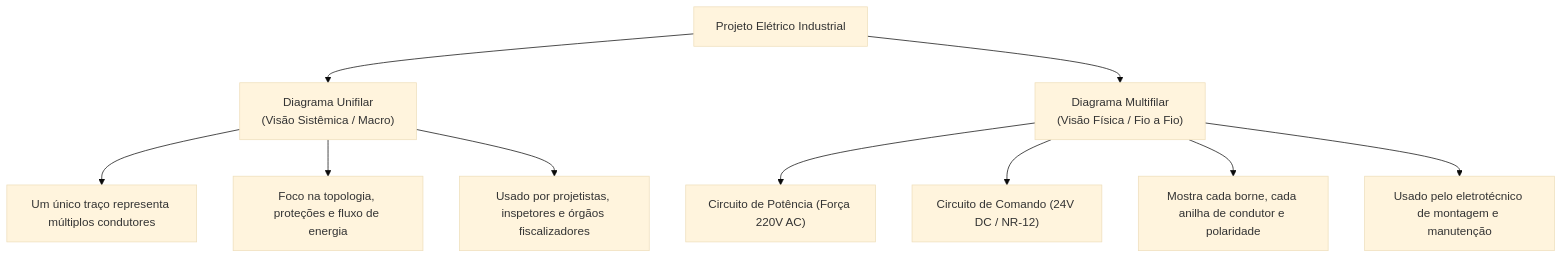
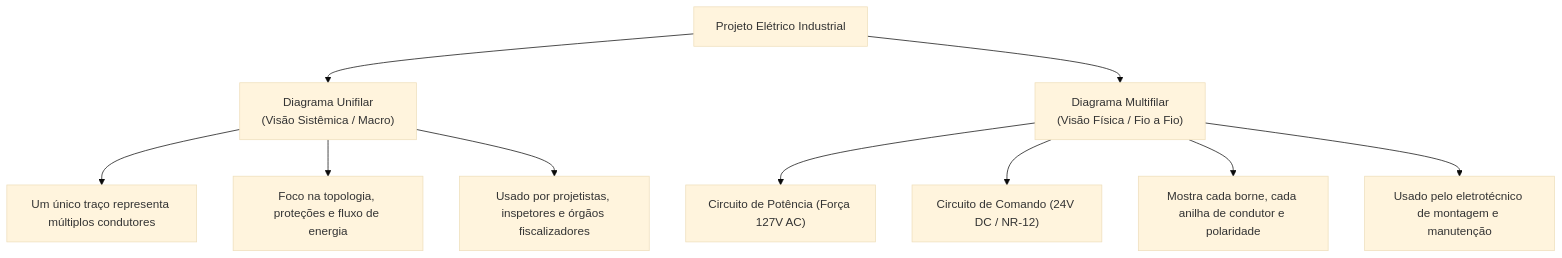
The first of 5 diagrams in docs/iot/DIAGRAMAS_ELETRICOS_UNIFILAR_MULTIFILAR.md (Andre-Macedo/amemiya), drawn with Mermaid (base theme) before and after one commit. The commit also changed other lines of this file and 48 other files, not shown here.

Commit message:
docs(tcc): add ADRs 004-008, offline HTML renderer, V2 schematic alignment, and remove SCT-013/INMP441

````diff
--- a/docs/iot/DIAGRAMAS_ELETRICOS_UNIFILAR_MULTIFILAR.md
+++ b/docs/iot/DIAGRAMAS_ELETRICOS_UNIFILAR_MULTIFILAR.md
@@ -12,14 +12,14 @@
 ```mermaid
 flowchart TD
     A["Projeto Elétrico Industrial"] --> B["Diagrama Unifilar<br/>(Visão Sistêmica / Macro)"]
     A --> C["Diagrama Multifilar<br/>(Visão Física / Fio a Fio)"]
     
     B --> B1["Um único traço representa múltiplos condutores"]
     B --> B2["Foco na topologia, proteções e fluxo de energia"]
     B --> B3["Usado por projetistas, inspetores e órgãos fiscalizadores"]
     
-    C --> C1["Circuito de Potência (Força 220V AC)"]
+    C --> C1["Circuito de Potência (Força 127V AC)"]
     C --> C2["Circuito de Comando (24V DC / NR-12)"]
     C --> C3["Mostra cada borne, cada anilha de condutor e polaridade"]
     C --> C4["Usado pelo eletrotécnico de montagem e manutenção"]
 ```
````
